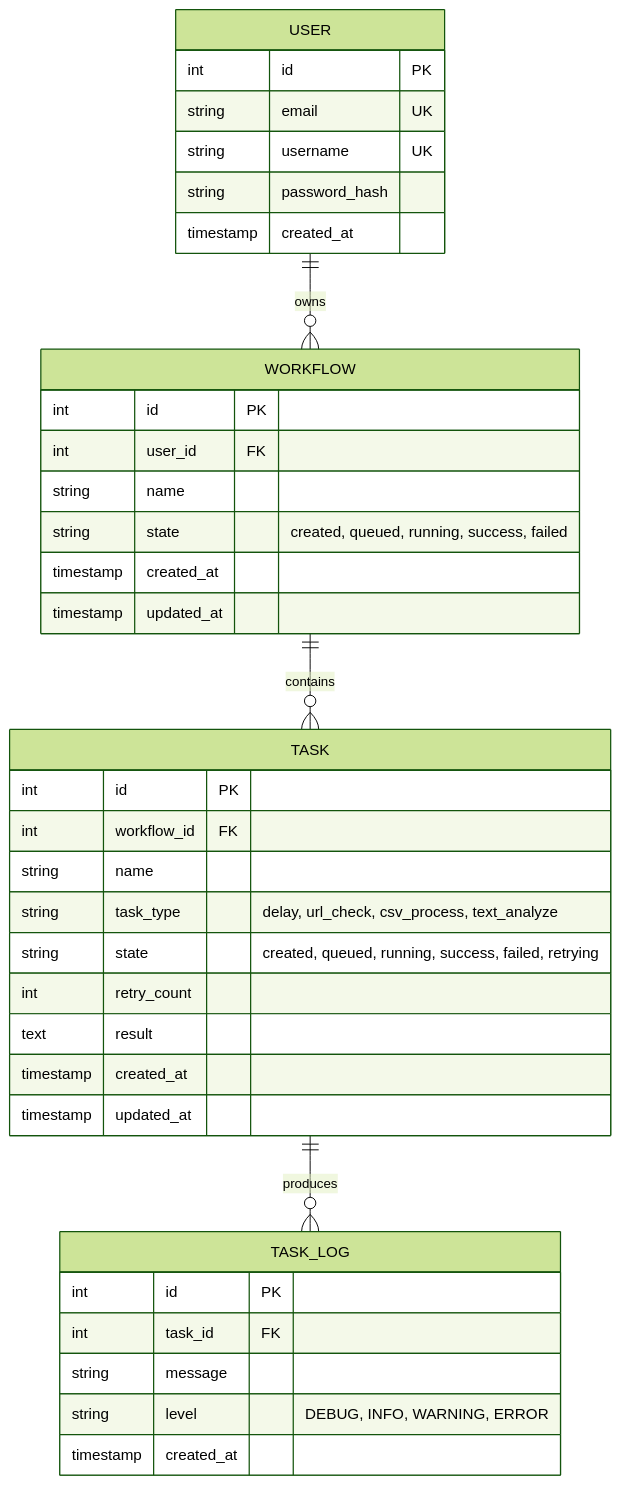
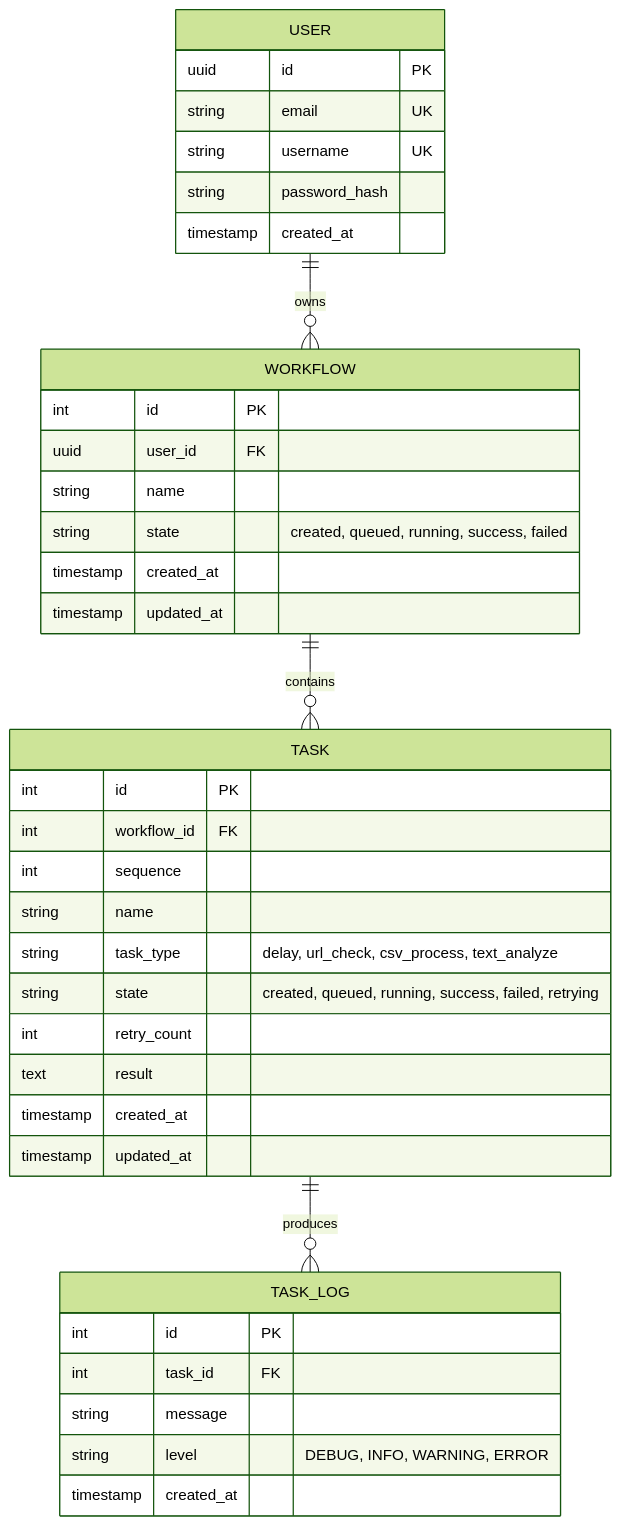
The diagram in docs/schema.md (aryan-p03/distributed-workflow-orchestrator), drawn with Mermaid (forest theme) before and after one commit. The commit also changed other lines of this file, not shown here.

Commit message:
docs: update schema to UUID user.id and add sequence into tasks

````diff
--- a/docs/schema.md
+++ b/docs/schema.md
@@ -5,43 +5,44 @@
 ```mermaid
 erDiagram
     USER ||--o{ WORKFLOW : owns
     WORKFLOW ||--o{ TASK : contains
     TASK ||--o{ TASK_LOG : produces
 
     USER {
-        int id PK
+        uuid id PK
         string email UK
         string username UK
         string password_hash
         timestamp created_at
     }
 
     WORKFLOW {
         int id PK
-        int user_id FK
+        uuid user_id FK
         string name
         string state "created, queued, running, success, failed"
         timestamp created_at
         timestamp updated_at
     }
 
     TASK {
         int id PK
         int workflow_id FK
+        int sequence
         string name
         string task_type "delay, url_check, csv_process, text_analyze"
         string state "created, queued, running, success, failed, retrying"
         int retry_count
         text result
         timestamp created_at
         timestamp updated_at
     }
 
     TASK_LOG {
         int id PK
         int task_id FK
         string message
         string level "DEBUG, INFO, WARNING, ERROR"
         timestamp created_at
     }
 ```
````
